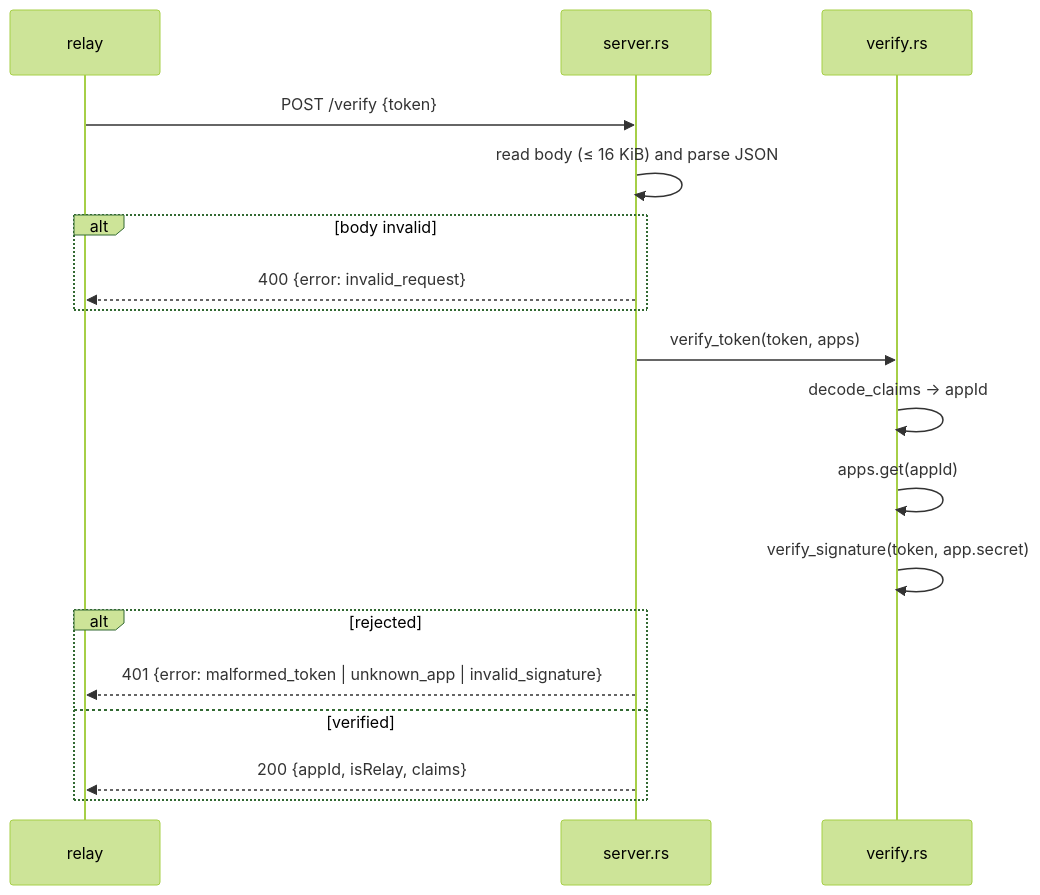
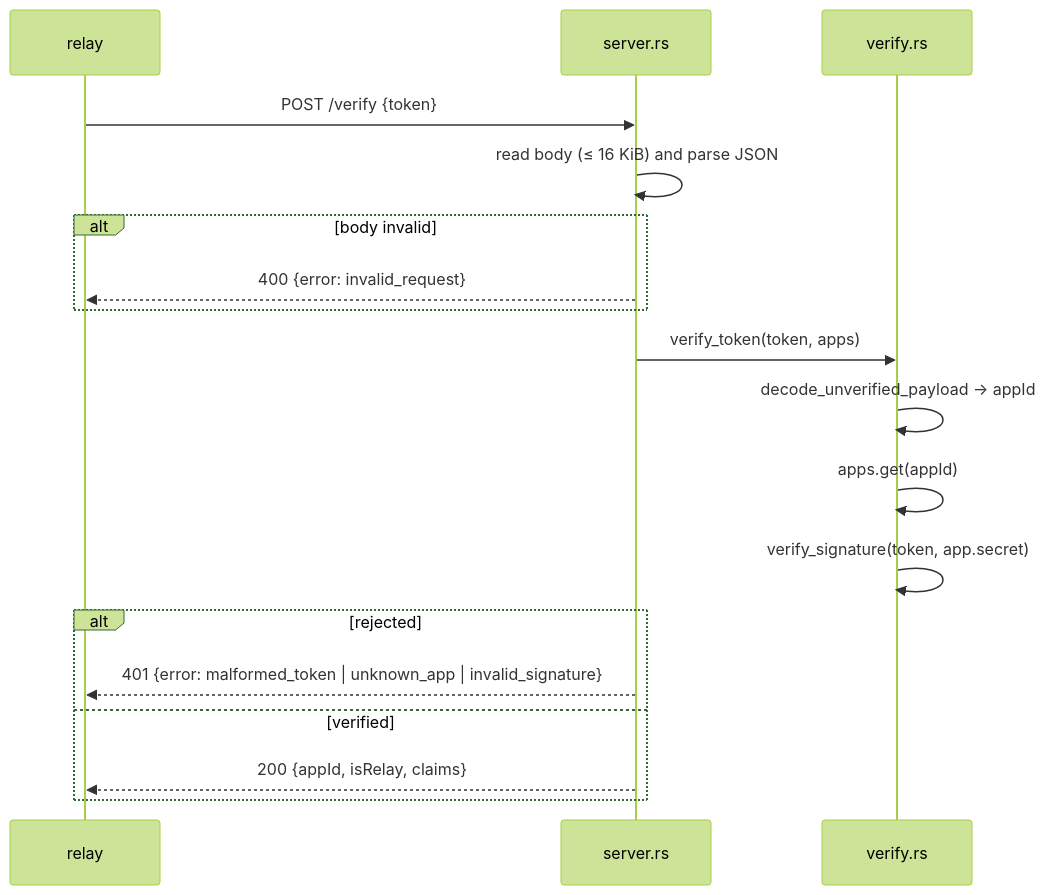
Before and after one commit to nttcom/moq-wasm: the diagram in docs/architecture/vts/architecture.md, drawn with Mermaid (forest theme). The commit also changed other lines of this file and 14 other files, not shown here.

````diff
--- a/docs/architecture/vts/architecture.md
+++ b/docs/architecture/vts/architecture.md
@@ -32,20 +31,20 @@
 ```mermaid
 sequenceDiagram
     participant R as relay
     participant S as server.rs
     participant V as verify.rs
     R->>S: POST /verify {token}
     S->>S: read body (≤ 16 KiB) and parse JSON
     alt body invalid
         S-->>R: 400 {error: invalid_request}
     end
     S->>V: verify_token(token, apps)
-    V->>V: decode_claims → appId
+    V->>V: decode_unverified_payload → appId
     V->>V: apps.get(appId)
     V->>V: verify_signature(token, app.secret)
     alt rejected
         S-->>R: 401 {error: malformed_token | unknown_app | invalid_signature}
     else verified
         S-->>R: 200 {appId, isRelay, claims}
     end
 ```
````
